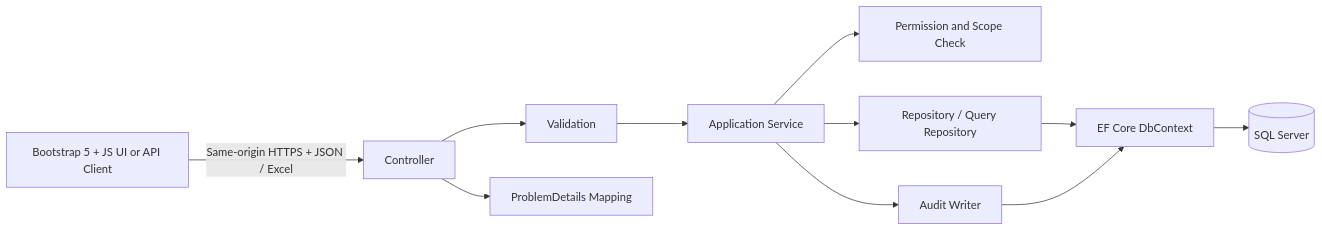
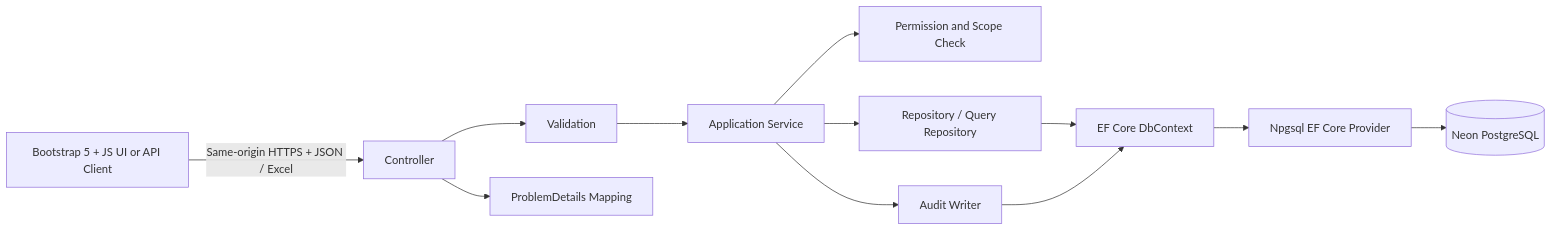
Before and after one commit to tthuy05/hethongqltaisancntt: the first of 4 diagrams in docs/architecture.md, drawn with Mermaid. The commit also changed other lines of this file and 32 other files, not shown here.

````diff
--- a/docs/architecture.md
+++ b/docs/architecture.md
@@ -13,13 +13,14 @@
 ```mermaid
 flowchart LR
     Client[Bootstrap 5 + JS UI or API Client] -->|Same-origin HTTPS + JSON / Excel| Controller[Controller]
     Controller --> Validation[Validation]
     Validation --> Service[Application Service]
     Service --> Authorization[Permission and Scope Check]
     Service --> Repository[Repository / Query Repository]
     Repository --> DbContext[EF Core DbContext]
-    DbContext --> Database[(SQL Server)]
+    DbContext --> Npgsql[Npgsql EF Core Provider]
+    Npgsql --> Database[(Neon PostgreSQL)]
     Service --> Audit[Audit Writer]
     Audit --> DbContext
     Controller --> ProblemDetails[ProblemDetails Mapping]
 ```
````
